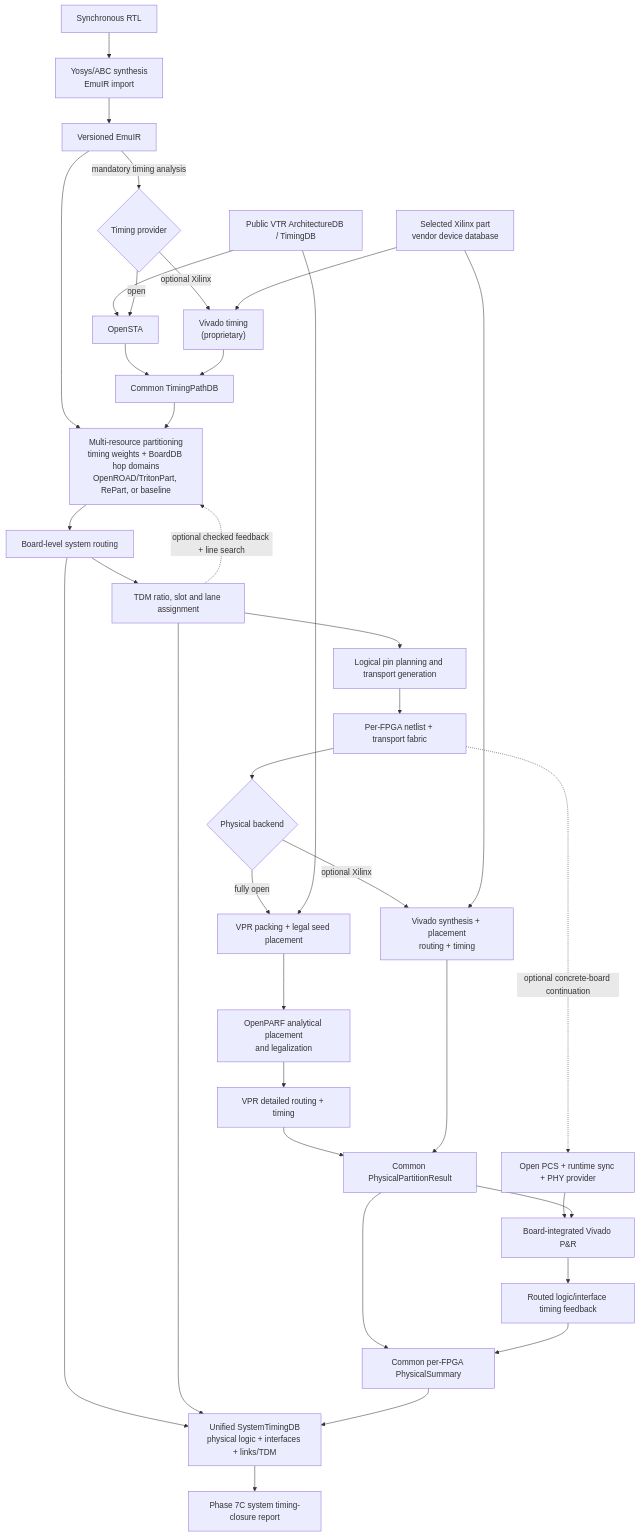
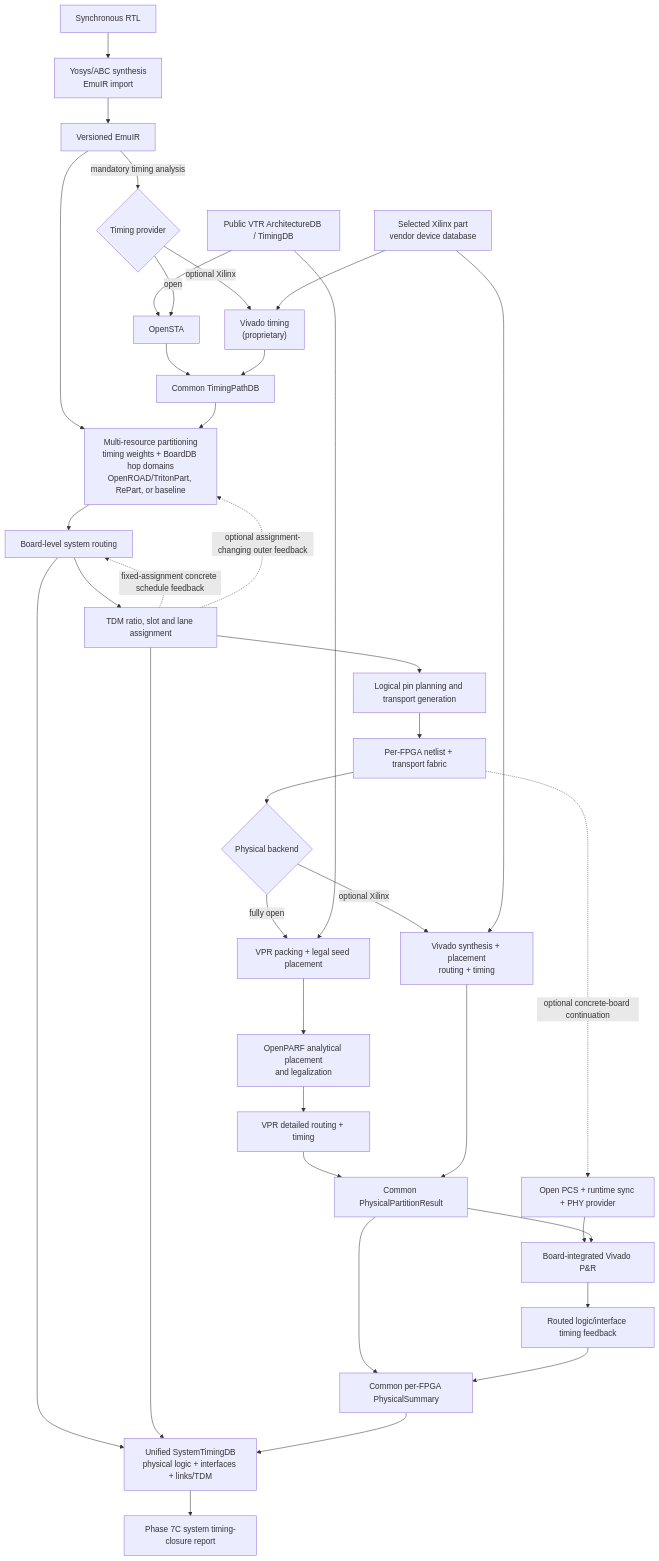
Before and after one commit to ZeayW/FGPA_emulation: the diagram in README.md, drawn with Mermaid. The commit also changed other lines of this file and 9 other files, not shown here.

````diff
--- a/README.md
+++ b/README.md
@@ -154,45 +154,46 @@
 ```mermaid
 flowchart TD
     RTL["Synchronous RTL"] --> SYN["Yosys/ABC synthesis<br/>EmuIR import"]
 
     SYN --> IR["Versioned EmuIR"]
     IR --> PART["Multi-resource partitioning<br/>timing weights + BoardDB hop domains<br/>OpenROAD/TritonPart, RePart, or baseline"]
 
     IR -->|"mandatory timing analysis"| TP{"Timing provider"}
     PUBARCH["Public VTR ArchitectureDB / TimingDB"] --> OSTA["OpenSTA"]
     TP -->|open| OSTA
     TP -->|optional Xilinx| VTIM["Vivado timing<br/>(proprietary)"]
     OSTA --> TDB["Common TimingPathDB"]
     VTIM --> TDB
     TDB --> PART
 
     PART --> SROUTE["Board-level system routing"]
     SROUTE --> TDM["TDM ratio, slot and lane assignment"]
-    TDM -. "optional checked feedback + line search" .-> PART
+    TDM -. "fixed-assignment concrete schedule feedback" .-> SROUTE
+    TDM -. "optional assignment-changing outer feedback" .-> PART
     TDM --> PIN["Logical pin planning and transport generation"]
     PIN --> SPLIT["Per-FPGA netlist + transport fabric"]
 
     SPLIT --> PB{"Physical backend"}
 
     PB -->|fully open| VPACK["VPR packing + legal seed placement"]
     PUBARCH --> VPACK
     VPACK --> OP["OpenPARF analytical placement<br/>and legalization"]
     OP --> VROUTE["VPR detailed routing + timing"]
 
     PB -->|optional Xilinx| XV["Vivado synthesis + placement<br/>routing + timing"]
     XDB["Selected Xilinx part<br/>vendor device database"] --> VTIM
     XDB --> XV
 
     VROUTE --> PPR["Common PhysicalPartitionResult"]
     XV --> PPR
     PPR --> PS["Common per-FPGA PhysicalSummary"]
     SPLIT -. optional concrete-board continuation .-> BSP["Open PCS + runtime sync + PHY provider"]
     BSP --> BPR["Board-integrated Vivado P&R"]
     PPR --> BPR
     BPR --> BTF["Routed logic/interface timing feedback"]
     BTF --> PS
     SROUTE --> ST["Unified SystemTimingDB<br/>physical logic + interfaces + links/TDM"]
     TDM --> ST
     PS --> ST
     ST --> P7C["Phase 7C system timing-closure report"]
 ```
````
